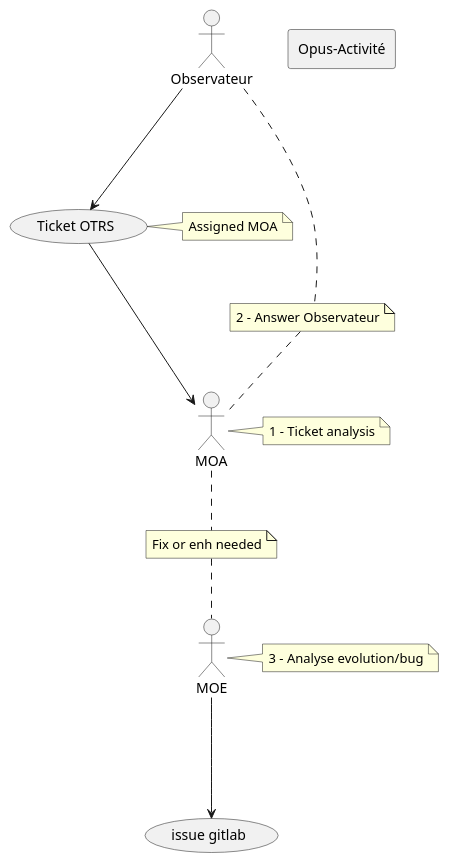
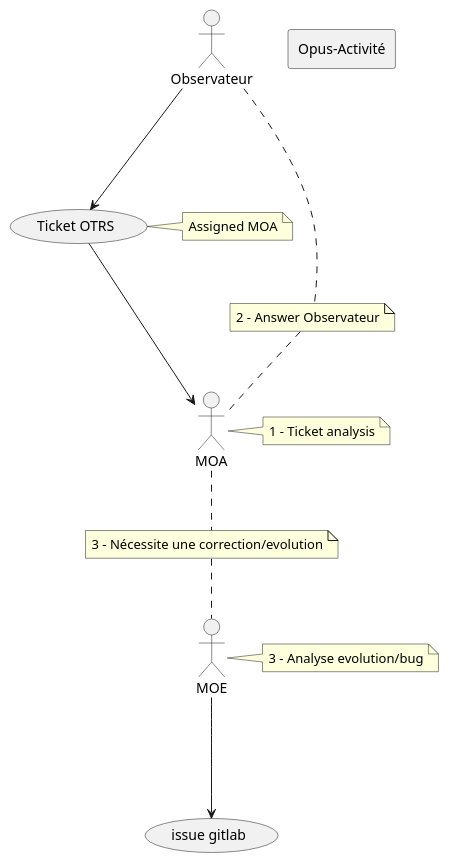
Before and after one commit to sumaris-net/sumaris-doc: the diagram in projects/activity-calendar/mex/v2.9/otrs/images/guichet-workflow.puml, drawn with PlantUML. The commit also changed 2 other files, not shown here.

```diff
--- a/projects/activity-calendar/mex/v2.9/otrs/images/guichet-workflow.puml
+++ b/projects/activity-calendar/mex/v2.9/otrs/images/guichet-workflow.puml
@@ -1,32 +1,32 @@
 @startuml
 :MOA: as MOA
 :MOE: as MOE
 
 rectangle Opus-Activité {
 }
 
 (Ticket OTRS) as (bug)
 (issue gitlab) as (enh)
 
 Observateur ---> (bug)
 
 (bug) ---> (MOA)
 
 note right of bug : Assigned MOA
 
 note right of MOA : 1 - Ticket analysis
 
 note right of MOE : 3 - Analyse evolution/bug
 
 MOE ---> (enh)
 
 note "2 - Answer Observateur" as answer
 (Observateur) .. answer
 answer .. (MOA)
 
-note "Fix or enh needed" as fix
+note "3 - Nécessite une correction/evolution" as fix
 (MOA) .. fix
 fix .. (MOE)
 
 
 @enduml
```
